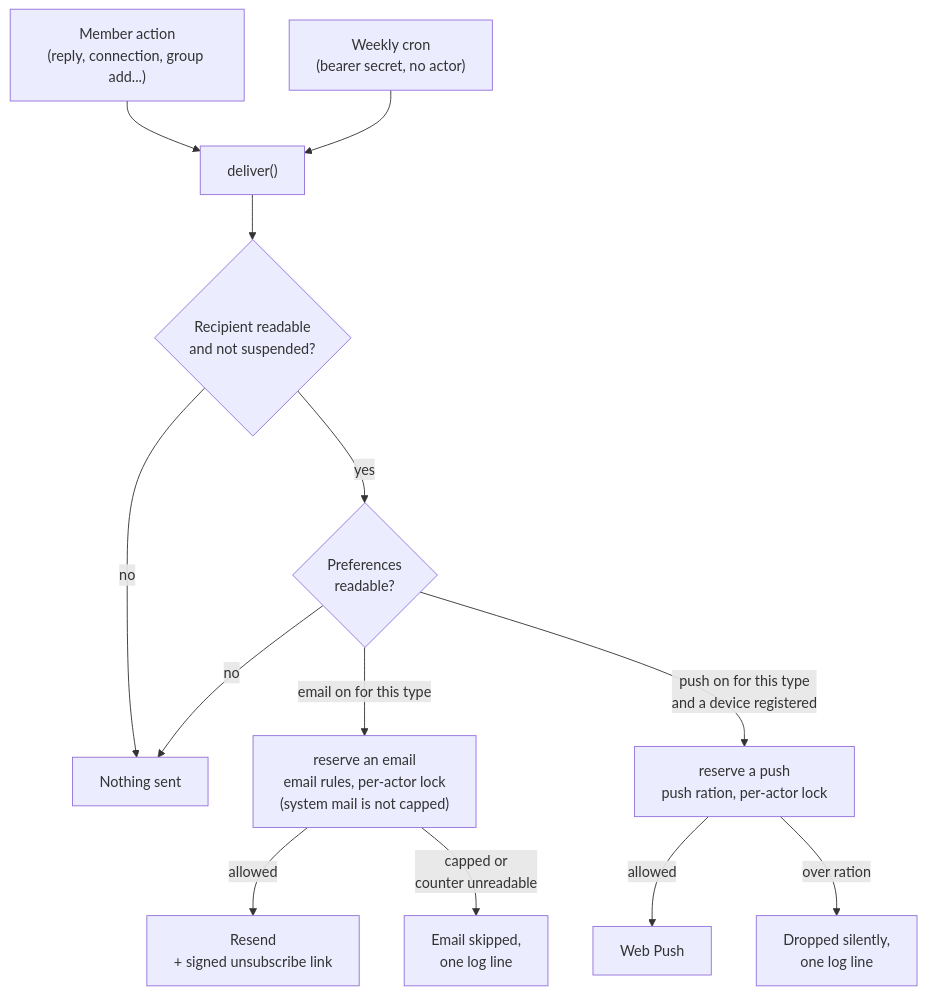
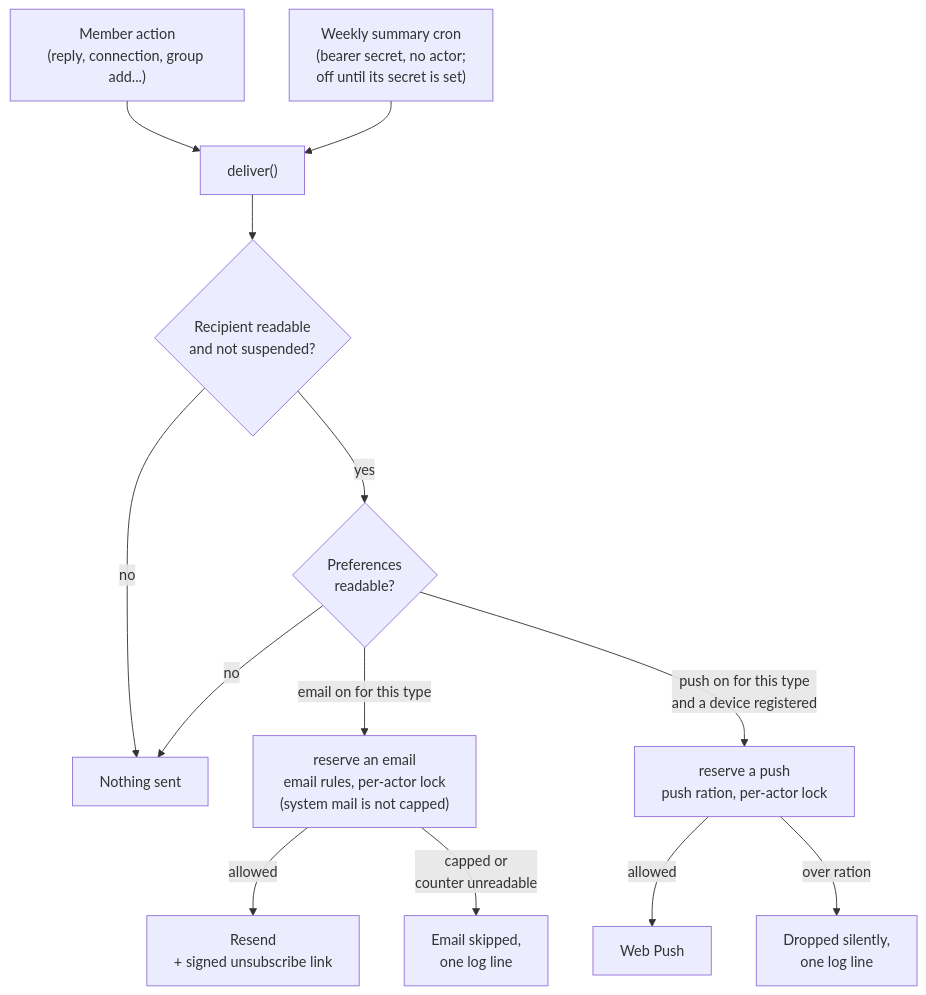
Before and after one commit to AIJSAI/on-the-lees-showcase: the fourth of 5 diagrams in docs/architecture.md, drawn with Mermaid. The commit also changed other lines of this file and 2 other files, not shown here.

````diff
--- a/docs/architecture.md
+++ b/docs/architecture.md
@@ -150,15 +150,15 @@
 ```mermaid
 flowchart TB
     ACT["Member action<br/>(reply, connection, group add...)"] --> DEL
-    CRON["Weekly cron<br/>(bearer secret, no actor)"] --> DEL
+    CRON["Weekly summary cron<br/>(bearer secret, no actor;<br/>off until its secret is set)"] --> DEL
     DEL["deliver()"] --> SUS{"Recipient readable<br/>and not suspended?"}
     SUS -->|"no"| SKIP["Nothing sent"]
     SUS -->|"yes"| PREF{"Preferences<br/>readable?"}
     PREF -->|"no"| SKIP
     PREF -->|"email on for this type"| ERES["reserve an email<br/>email rules, per-actor lock<br/>(system mail is not capped)"]
     PREF -->|"push on for this type<br/>and a device registered"| PRES["reserve a push<br/>push ration, per-actor lock"]
     ERES -->|"allowed"| MAIL["Resend<br/>+ signed unsubscribe link"]
     ERES -->|"capped or<br/>counter unreadable"| LOG["Email skipped,<br/>one log line"]
     PRES -->|"allowed"| PUSH["Web Push"]
     PRES -->|"over ration"| DROP["Dropped silently,<br/>one log line"]
 ```
````
